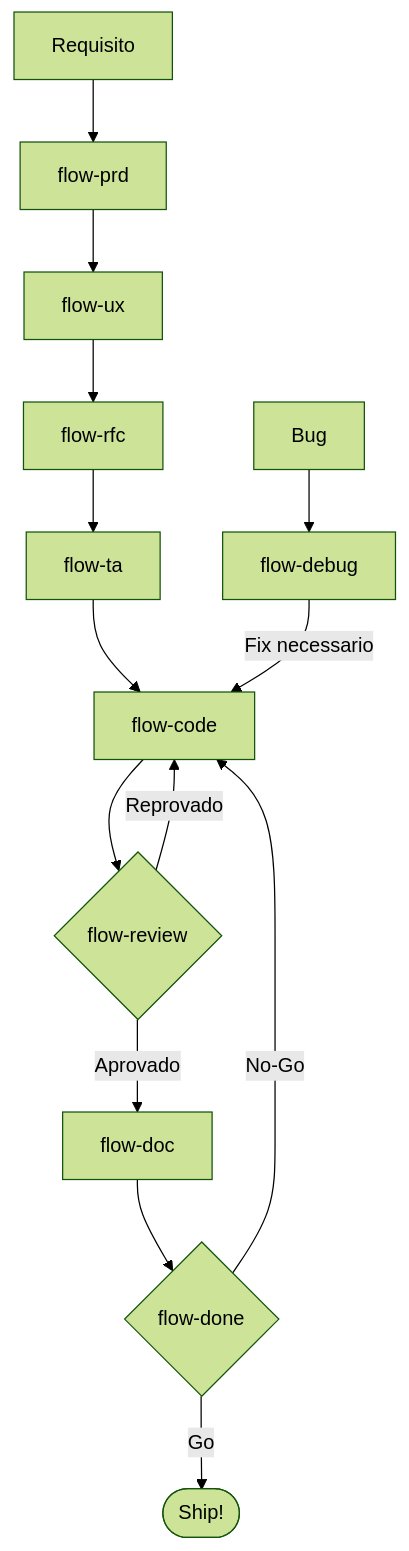
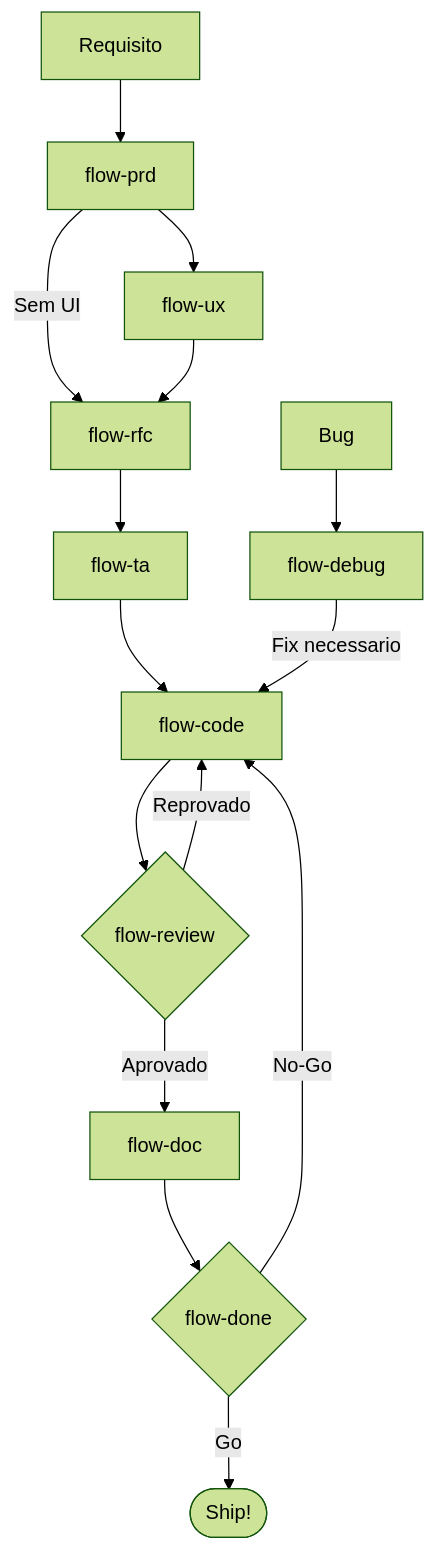
Before and after one commit to viniciuscarneiro/ai-dev-flow: the first of 3 diagrams in README.pt-br.md, drawn with Mermaid (forest theme). The commit also changed other lines of this file and 11 other files, not shown here.

````diff
--- a/README.pt-br.md
+++ b/README.pt-br.md
@@ -66,17 +66,18 @@
 ```mermaid
 graph TD
     A[Requisito] --> B["flow-prd"]
     B --> B2["flow-ux"]
+    B -->|"Sem UI"| C["flow-rfc"]
     B2 --> C["flow-rfc"]
     C --> D["flow-ta"]
     D --> E["flow-code"]
     E --> F{"flow-review"}
     F -- Aprovado --> G["flow-doc"]
     F -- Reprovado --> E
     G --> H{"flow-done"}
     H -- Go --> I(["Ship!"])
     H -- No-Go --> E
 
     J[Bug] --> K["flow-debug"]
     K -- Fix necessario --> E
 ```
````
